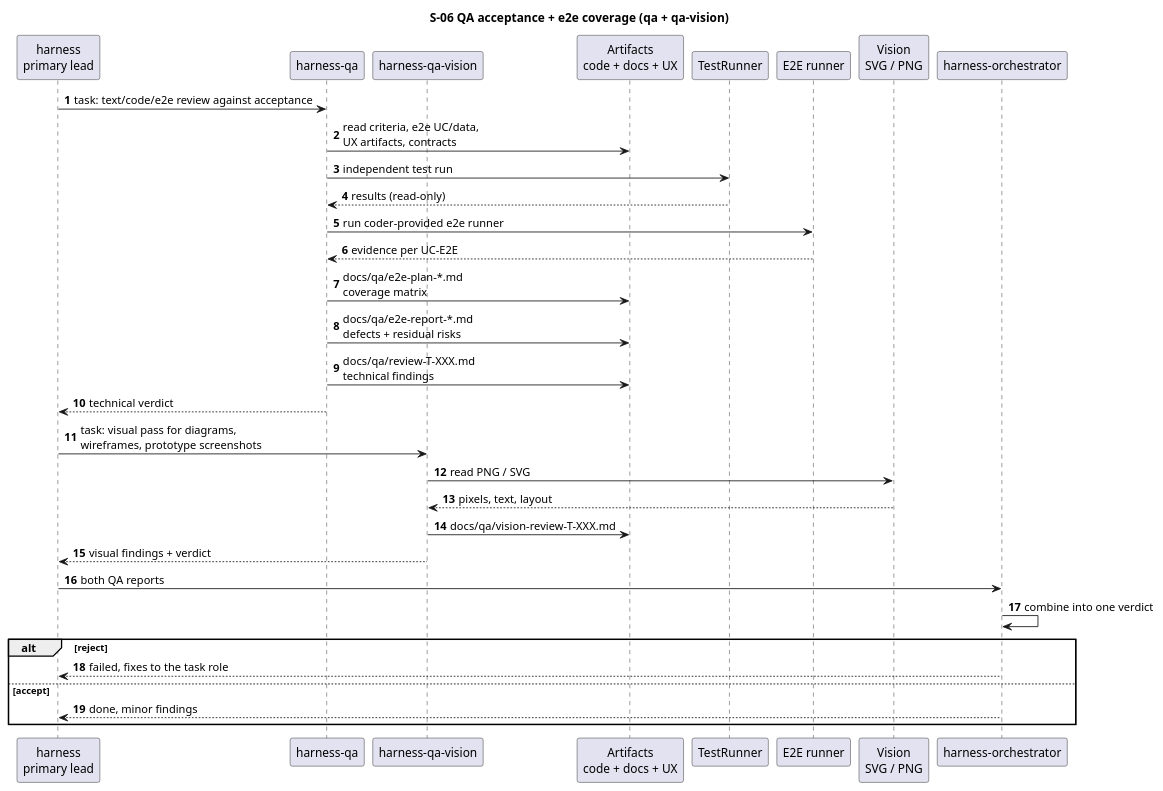
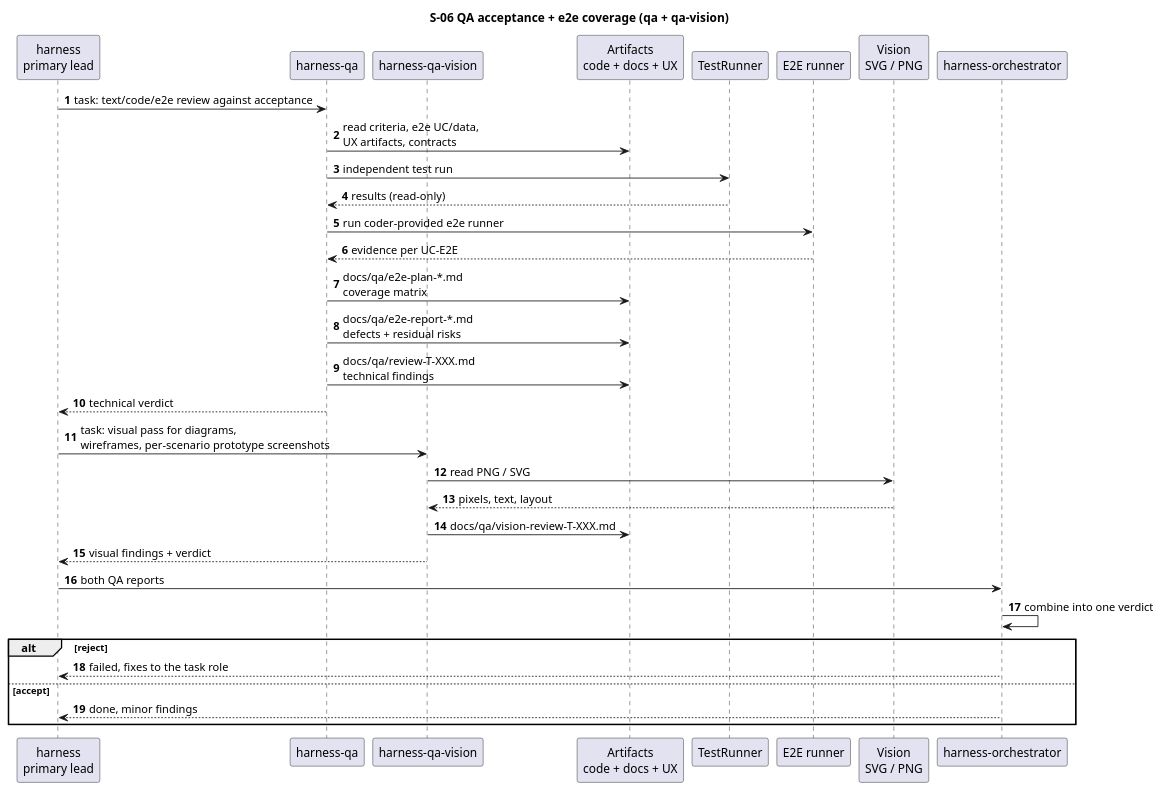
The diagram in docs/description/diagrams/seq-06-qa.puml (serge-sasov/harness), drawn with PlantUML before and after one commit. The commit also changed 39 other files, not shown here.

Commit message:
feat: harness 2.4.0 per-scenario UX HTML pages and derived activity

```diff
--- a/docs/description/diagrams/seq-06-qa.puml
+++ b/docs/description/diagrams/seq-06-qa.puml
@@ -1,39 +1,39 @@
 @startuml
 autonumber
 skinparam defaultFontName Segoe UI
 title S-06 QA acceptance + e2e coverage (qa + qa-vision)
 
 participant "harness\nprimary lead" as primary
 participant "harness-qa" as qa
 participant "harness-qa-vision" as qavision
 participant "Artifacts\ncode + docs + UX" as store
 participant "TestRunner" as tests
 participant "E2E runner" as e2e
 participant "Vision\nSVG / PNG" as vision
 participant "harness-orchestrator" as orch
 
 primary -> qa : task: text/code/e2e review against acceptance
 qa -> store : read criteria, e2e UC/data,\nUX artifacts, contracts
 qa -> tests : independent test run
 tests --> qa : results (read-only)
 qa -> e2e : run coder-provided e2e runner
 e2e --> qa : evidence per UC-E2E
 qa -> store : docs/qa/e2e-plan-*.md\ncoverage matrix
 qa -> store : docs/qa/e2e-report-*.md\ndefects + residual risks
 qa -> store : docs/qa/review-T-XXX.md\ntechnical findings
 qa --> primary : technical verdict
 
-primary -> qavision : task: visual pass for diagrams,\nwireframes, prototype screenshots
+primary -> qavision : task: visual pass for diagrams,\nwireframes, per-scenario prototype screenshots
 qavision -> vision : read PNG / SVG
 vision --> qavision : pixels, text, layout
 qavision -> store : docs/qa/vision-review-T-XXX.md
 qavision --> primary : visual findings + verdict
 
 primary -> orch : both QA reports
 orch -> orch : combine into one verdict
 alt reject
   orch --> primary : failed, fixes to the task role
 else accept
   orch --> primary : done, minor findings
 end
 @enduml
```
